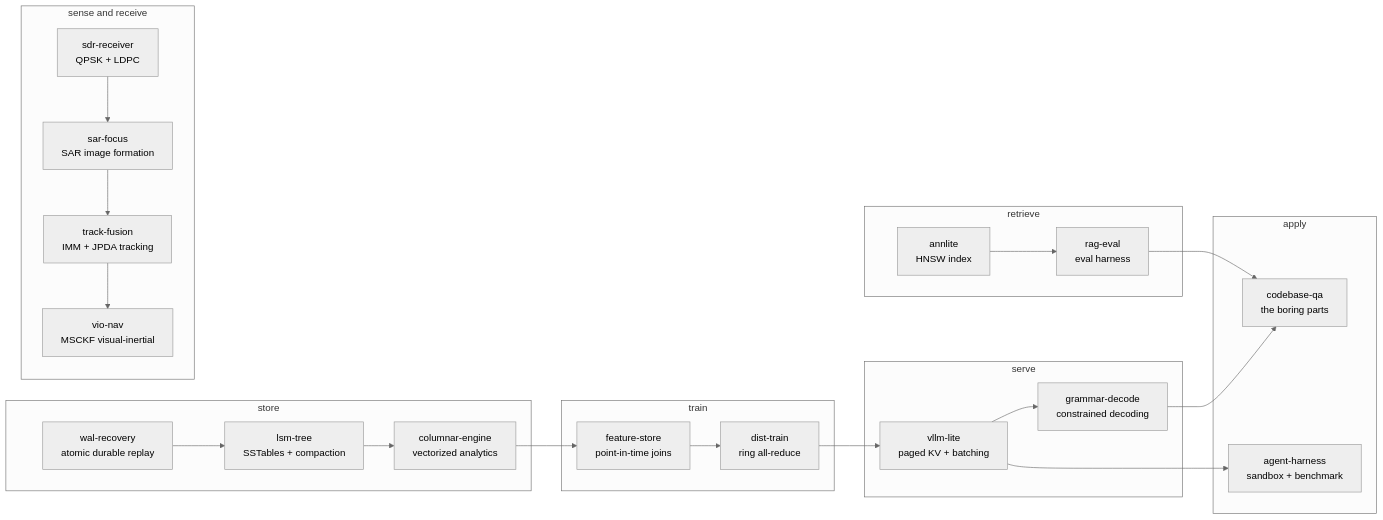
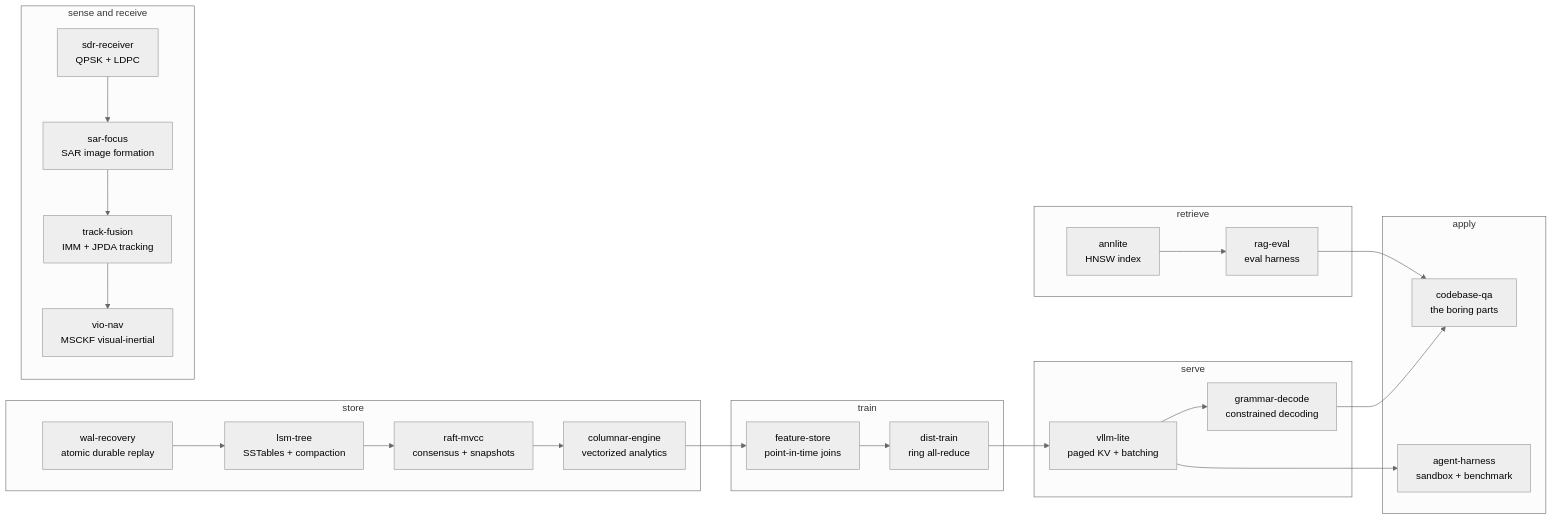
Before and after one commit to asp53826/asp53826: the diagram in README.md, drawn with Mermaid (neutral theme). The commit also changed other lines of this file and 4 other files, not shown here.

Commit message:
Add Raft MVCC lab to portfolio telemetry

````diff
--- a/README.md
+++ b/README.md
@@ -61,36 +62,37 @@
 ```mermaid
 flowchart LR
   subgraph STORE [store]
     M[wal-recovery<br/>atomic durable replay]
     N[lsm-tree<br/>SSTables + compaction]
+    P[raft-mvcc<br/>consensus + snapshots]
     O[columnar-engine<br/>vectorized analytics]
   end
   subgraph TRAIN [train]
     B[feature-store<br/>point-in-time joins]
     A[dist-train<br/>ring all-reduce]
   end
   subgraph SERVE [serve]
     C[vllm-lite<br/>paged KV + batching]
     D[grammar-decode<br/>constrained decoding]
   end
   subgraph RETRIEVE [retrieve]
     E[annlite<br/>HNSW index]
     F[rag-eval<br/>eval harness]
   end
   subgraph APPLY [apply]
     G[agent-harness<br/>sandbox + benchmark]
     H[codebase-qa<br/>the boring parts]
   end
   subgraph SIGNAL [sense and receive]
     I[sdr-receiver<br/>QPSK + LDPC]
     J[sar-focus<br/>SAR image formation]
     K[track-fusion<br/>IMM + JPDA tracking]
     L[vio-nav<br/>MSCKF visual-inertial]
   end
 
-  M --> N --> O --> B --> A --> C --> D
+  M --> N --> P --> O --> B --> A --> C --> D
   E --> F --> H
   C --> G
   D --> H
   I --> J --> K --> L
 ```
````
